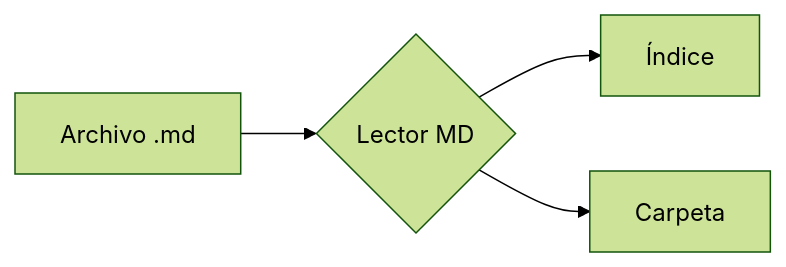
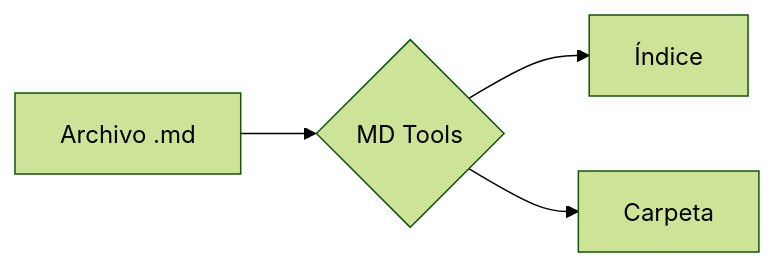
Before and after one commit to MR-Axel/md-tools: the first of 2 diagrams in ejemplo/ejemplo.md, drawn with Mermaid (forest theme). The commit also changed other lines of this file and 4 other files, not shown here.

````diff
--- a/ejemplo/ejemplo.md
+++ b/ejemplo/ejemplo.md
@@ -76,6 +76,6 @@
 ```mermaid
 graph LR
-  A[Archivo .md] --> B{Lector MD}
+  A[Archivo .md] --> B{MD Tools}
   B --> C[Índice]
   B --> D[Carpeta]
 ```
````
